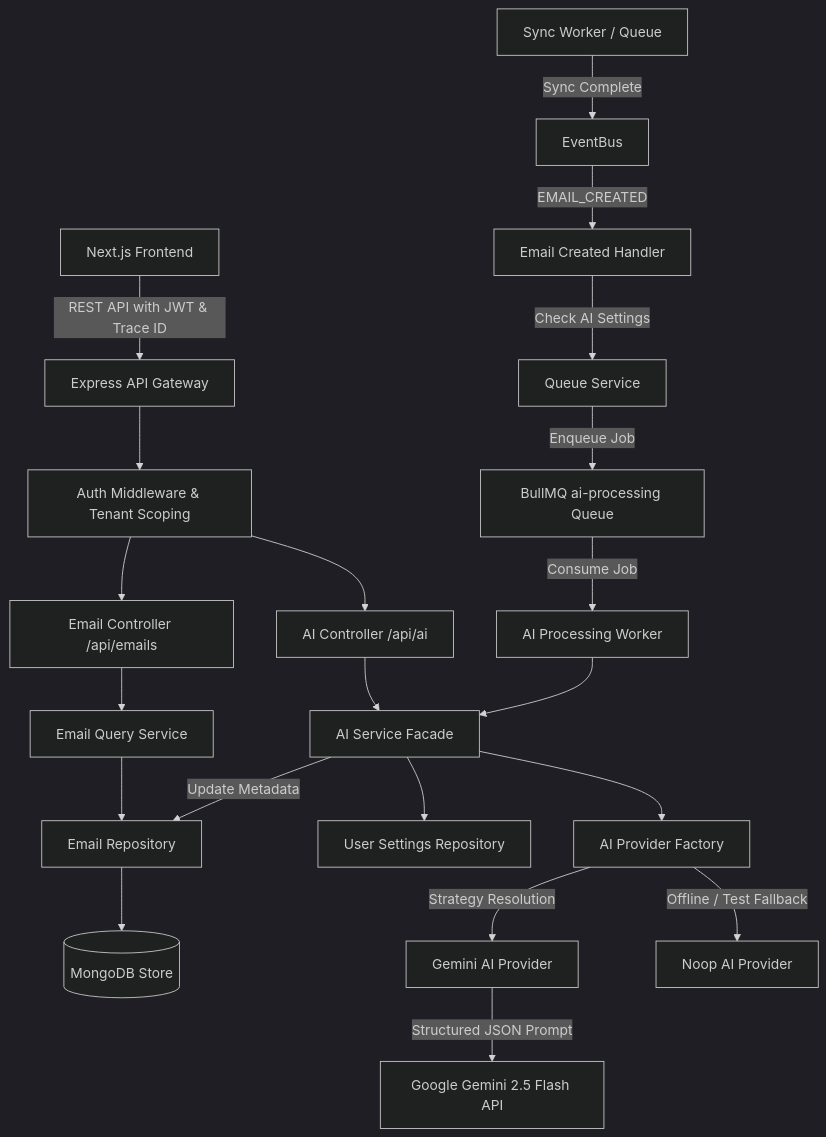
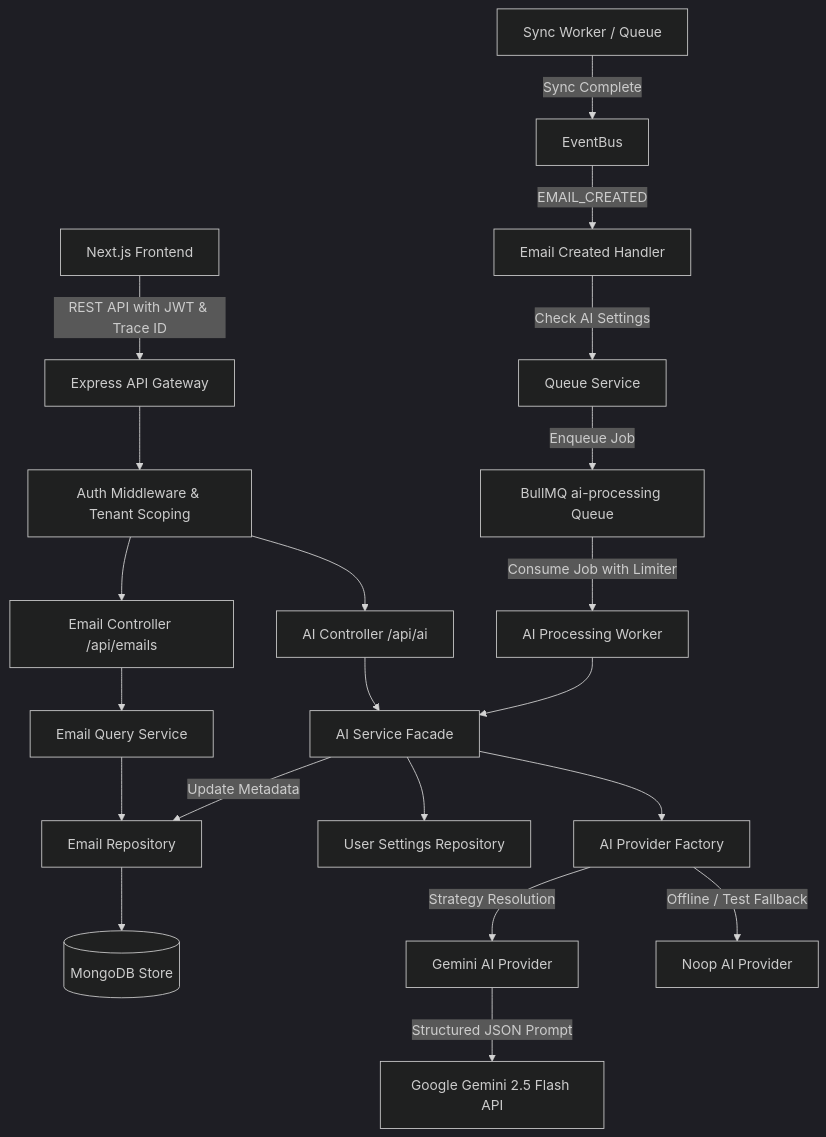
Before and after one commit to vishal-jagamani/mailsense: the first of 4 diagrams in .agents/plans/11. ai-foundation-core/implementation-plan.md, drawn with Mermaid (dark theme). The commit also changed other lines of this file and 30 other files, not shown here.

````diff
--- a/.agents/plans/11. ai-foundation-core/implementation-plan.md
+++ b/.agents/plans/11. ai-foundation-core/implementation-plan.md
@@ -86,26 +90,26 @@
 ```mermaid
 graph TD
     Client[Next.js Frontend] -->|REST API with JWT & Trace ID| Gateway[Express API Gateway]
     Gateway --> AuthMiddleware[Auth Middleware & Tenant Scoping]
     AuthMiddleware --> AIController[AI Controller /api/ai]
     AuthMiddleware --> EmailController[Email Controller /api/emails]
 
     EmailController --> EmailQueryService[Email Query Service]
     EmailQueryService --> EmailRepo[Email Repository]
     EmailRepo --> MongoDB[(MongoDB Store)]
 
     AIController --> AIService[AI Service Facade]
     AIService --> UserSettingsRepo[User Settings Repository]
     AIService --> AiFactory[AI Provider Factory]
     AiFactory -->|Strategy Resolution| GeminiProvider[Gemini AI Provider]
     AiFactory -->|Offline / Test Fallback| NoopProvider[Noop AI Provider]
     GeminiProvider -->|Structured JSON Prompt| GeminiAPI[Google Gemini 2.5 Flash API]
 
     SyncWorker[Sync Worker / Queue] -->|Sync Complete| EventBus[EventBus]
     EventBus -->|EMAIL_CREATED| EmailCreatedHandler[Email Created Handler]
     EmailCreatedHandler -->|Check AI Settings| QueueService[Queue Service]
     QueueService -->|Enqueue Job| BullMQ[BullMQ ai-processing Queue]
-    BullMQ -->|Consume Job| AIWorker[AI Processing Worker]
+    BullMQ -->|Consume Job with Limiter| AIWorker[AI Processing Worker]
     AIWorker --> AIService
     AIService -->|Update Metadata| EmailRepo
 ```
````
